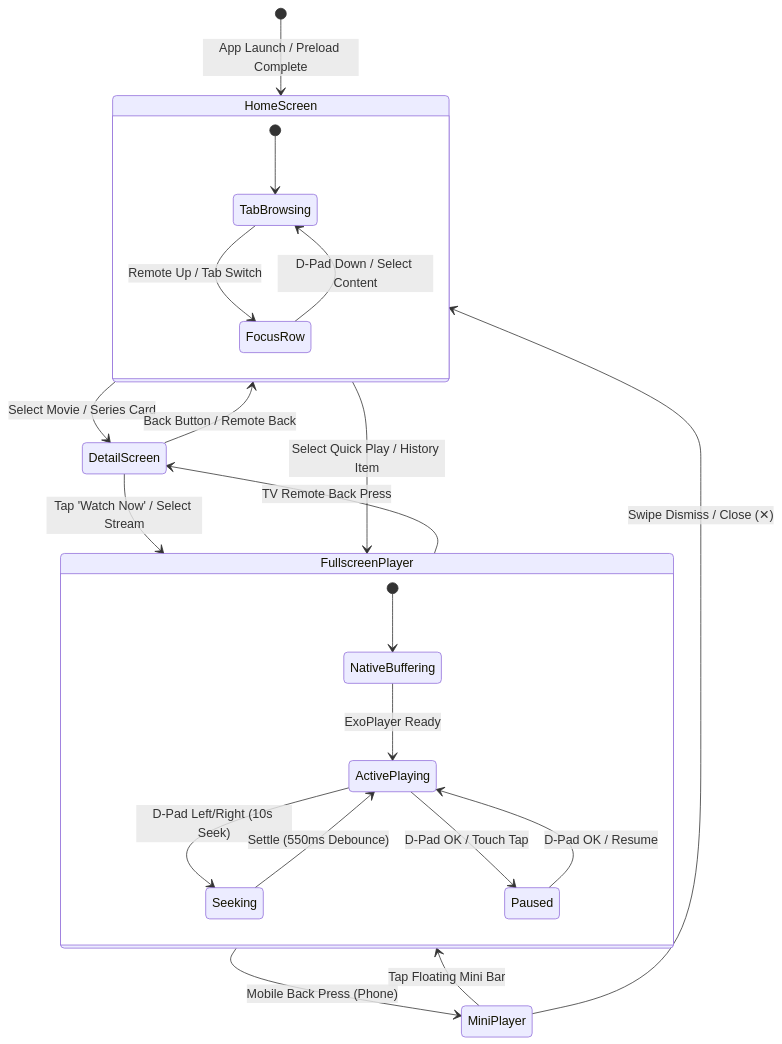
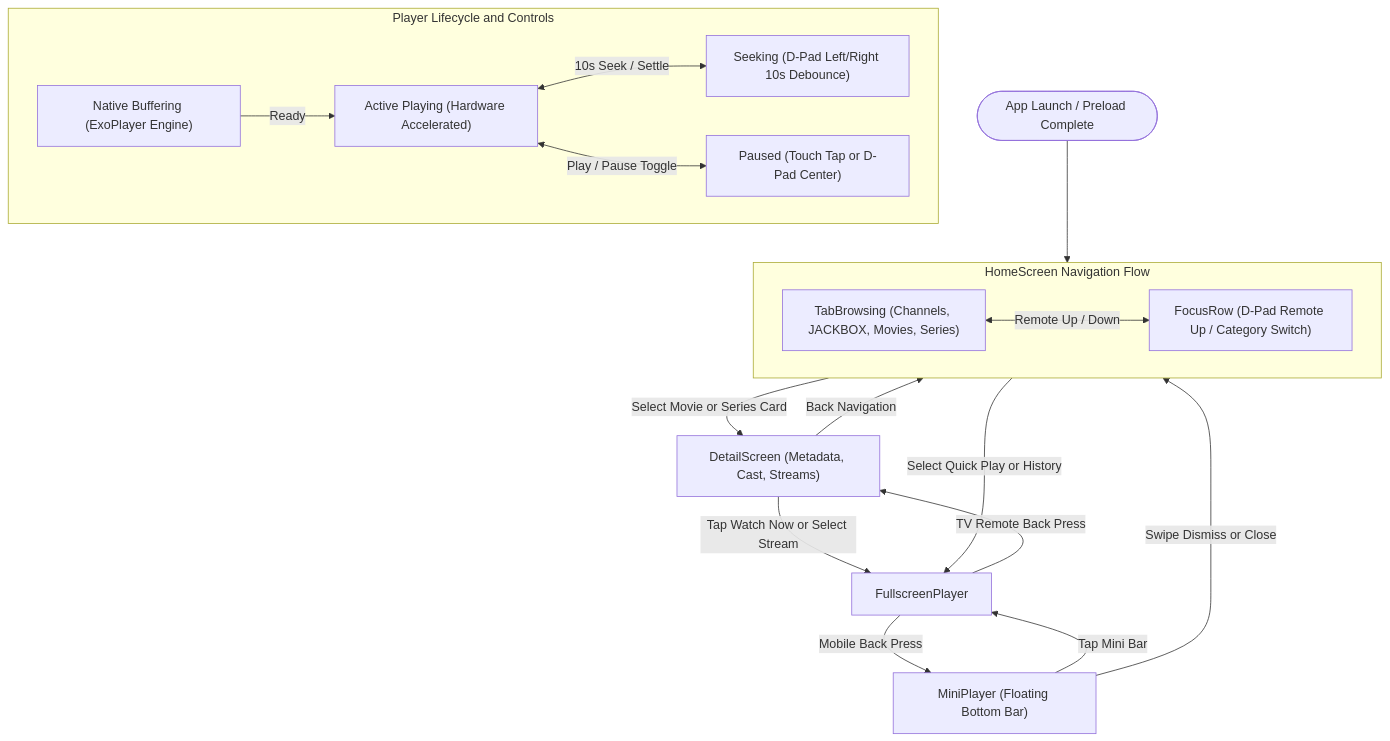
One commit to kichukic/Forus changed the fourth of 5 diagrams in README.md. Above: the diagram before and after it, drawn with Mermaid. The commit also changed other lines of this file and 1 other file, not shown here.

````diff
--- a/README.md
+++ b/README.md
@@ -190,29 +189,31 @@
 ```mermaid
-stateDiagram-v2
-    [*] --> HomeScreen: App Launch / Preload Complete
+flowchart TD
+    AppLaunch(["App Launch / Preload Complete"]) --> HomeNav
 
-    state HomeScreen {
-        [*] --> TabBrowsing
-        TabBrowsing --> FocusRow: Remote Up / Tab Switch
-        FocusRow --> TabBrowsing: D-Pad Down / Select Content
-    }
+    subgraph HomeNav ["HomeScreen Navigation Flow"]
+        TabBrowsing["TabBrowsing (Channels, JACKBOX, Movies, Series)"]
+        FocusRow["FocusRow (D-Pad Remote Up / Category Switch)"]
+        TabBrowsing <-->|Remote Up / Down| FocusRow
+    end
 
-    HomeScreen --> DetailScreen: Select Movie / Series Card
-    DetailScreen --> FullscreenPlayer: Tap 'Watch Now' / Select Stream
-    HomeScreen --> FullscreenPlayer: Select Quick Play / History Item
+    HomeNav -->|Select Movie or Series Card| DetailScreen["DetailScreen (Metadata, Cast, Streams)"]
+    HomeNav -->|Select Quick Play or History| FullscreenPlayer
+    DetailScreen -->|Tap Watch Now or Select Stream| FullscreenPlayer
 
-    state FullscreenPlayer {
-        [*] --> NativeBuffering
-        NativeBuffering --> ActivePlaying: ExoPlayer Ready
-        ActivePlaying --> Seeking: D-Pad Left/Right (10s Seek)
-        Seeking --> ActivePlaying: Settle (550ms Debounce)
-        ActivePlaying --> Paused: D-Pad OK / Touch Tap
-        Paused --> ActivePlaying: D-Pad OK / Resume
-    }
+    subgraph PlayerModes ["Player Lifecycle and Controls"]
+        Buffering["Native Buffering (ExoPlayer Engine)"]
+        ActivePlaying["Active Playing (Hardware Accelerated)"]
+        Seeking["Seeking (D-Pad Left/Right 10s Debounce)"]
+        Paused["Paused (Touch Tap or D-Pad Center)"]
 
-    FullscreenPlayer --> MiniPlayer: Mobile Back Press (Phone)
-    FullscreenPlayer --> DetailScreen: TV Remote Back Press
-    MiniPlayer --> FullscreenPlayer: Tap Floating Mini Bar
-    MiniPlayer --> HomeScreen: Swipe Dismiss / Close (✕)
-    DetailScreen --> HomeScreen: Back Button / Remote Back
+        Buffering -->|Ready| ActivePlaying
+        ActivePlaying <-->|10s Seek / Settle| Seeking
+        ActivePlaying <-->|Play / Pause Toggle| Paused
+    end
+
+    FullscreenPlayer -->|Mobile Back Press| MiniPlayer["MiniPlayer (Floating Bottom Bar)"]
+    FullscreenPlayer -->|TV Remote Back Press| DetailScreen
+    MiniPlayer -->|Tap Mini Bar| FullscreenPlayer
+    MiniPlayer -->|Swipe Dismiss or Close| HomeNav
+    DetailScreen -->|Back Navigation| HomeNav
 ```
````
